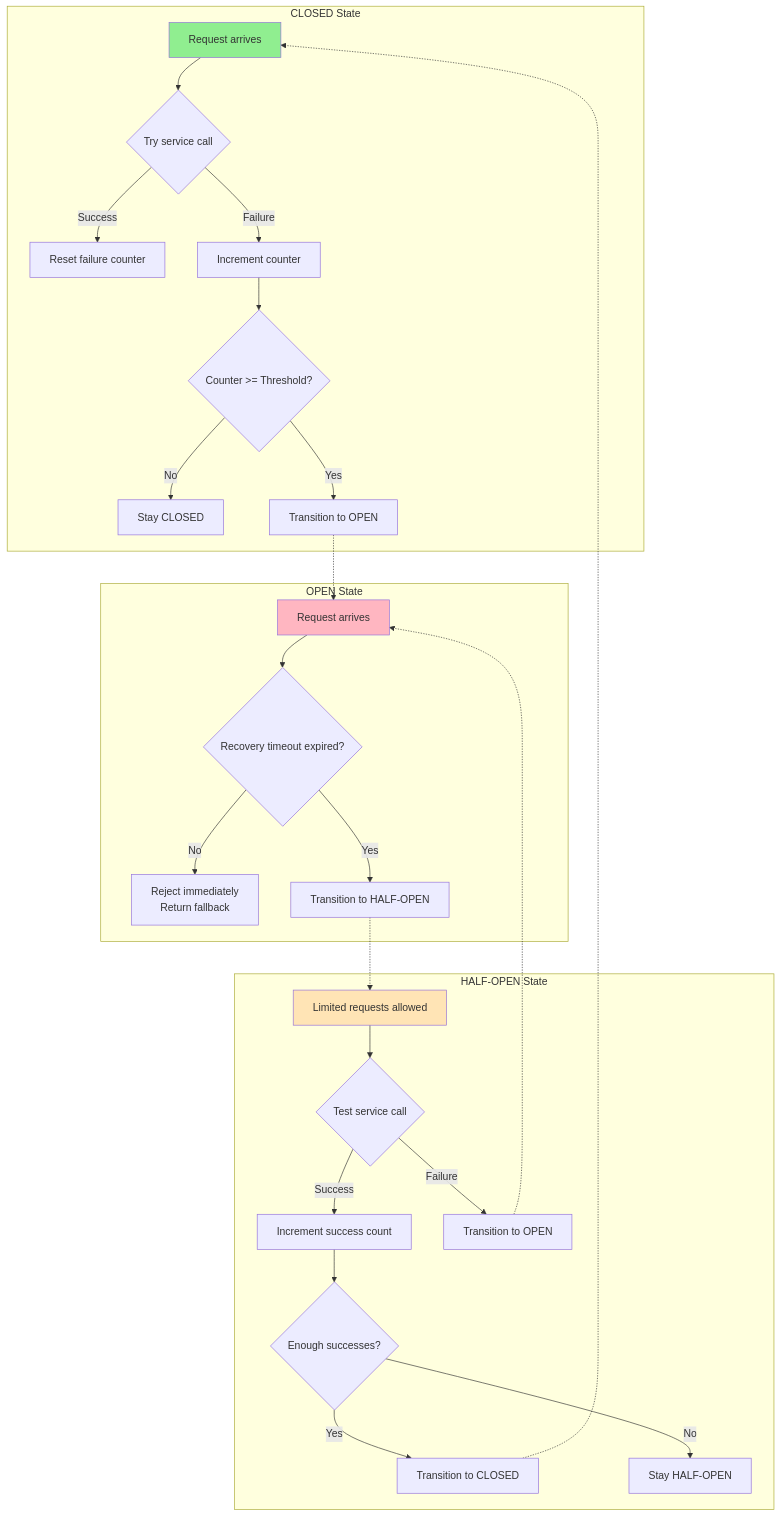
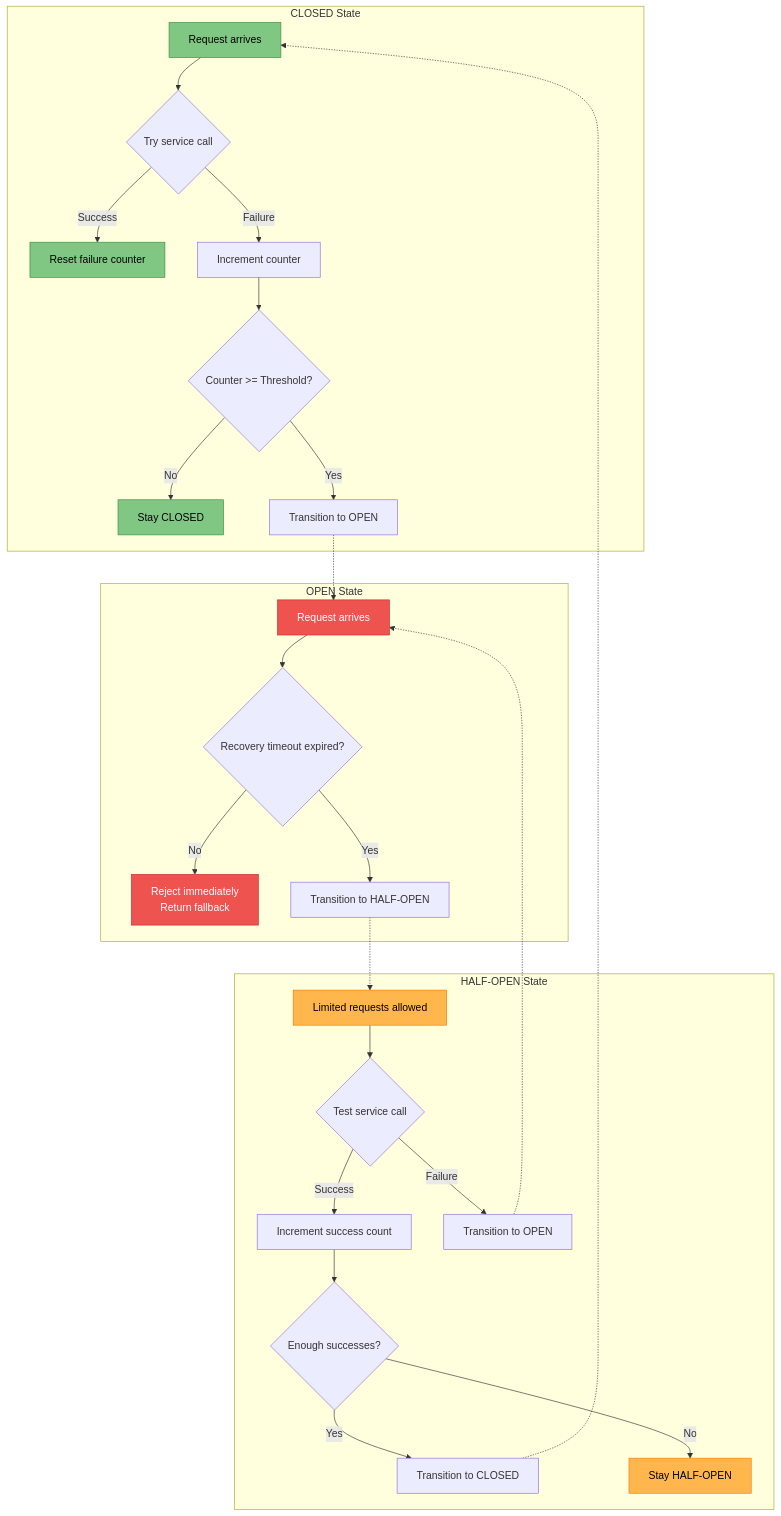
Before and after one commit to deepaucksharma/DStudio: the third of 14 diagrams in docs/patterns/circuit-breaker.md, drawn with Mermaid. The commit also changed other lines of this file and 43 other files, not shown here.

````diff
--- a/docs/patterns/circuit-breaker.md
+++ b/docs/patterns/circuit-breaker.md
@@ -135,35 +170,38 @@
 ```mermaid
 flowchart TD
     subgraph "CLOSED State"
         C1[Request arrives] --> C2{Try service call}
         C2 -->|Success| C3[Reset failure counter]
         C2 -->|Failure| C4[Increment counter]
         C4 --> C5{Counter >= Threshold?}
         C5 -->|No| C6[Stay CLOSED]
         C5 -->|Yes| C7[Transition to OPEN]
     end
     
     subgraph "OPEN State"
         O1[Request arrives] --> O2{Recovery timeout expired?}
         O2 -->|No| O3[Reject immediately<br/>Return fallback]
         O2 -->|Yes| O4[Transition to HALF-OPEN]
     end
     
     subgraph "HALF-OPEN State"
         H1[Limited requests allowed] --> H2{Test service call}
         H2 -->|Success| H3[Increment success count]
         H3 --> H4{Enough successes?}
         H4 -->|Yes| H5[Transition to CLOSED]
         H4 -->|No| H6[Stay HALF-OPEN]
         H2 -->|Failure| H7[Transition to OPEN]
     end
     
     C7 -.-> O1
     O4 -.-> H1
     H5 -.-> C1
     H7 -.-> O1
     
-    style C1 fill:#90EE90
-    style O1 fill:#FFB6C1
-    style H1 fill:#FFE4B5
+    classDef closed fill:#81c784,stroke:#388e3c,color:#000
+    classDef open fill:#ef5350,stroke:#c62828,color:#fff
+    classDef halfopen fill:#ffb74d,stroke:#f57c00,color:#000
+    class C1,C3,C6 closed
+    class O1,O3 open
+    class H1,H6 halfopen
 ```
````
